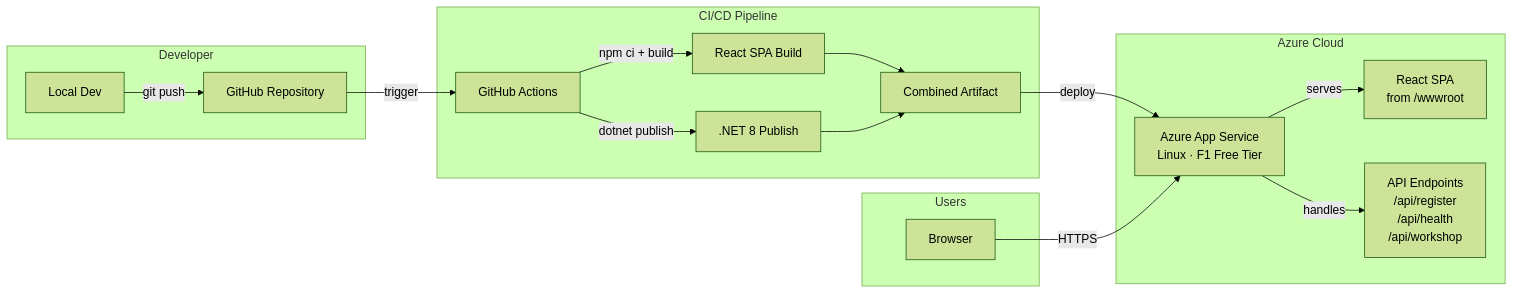
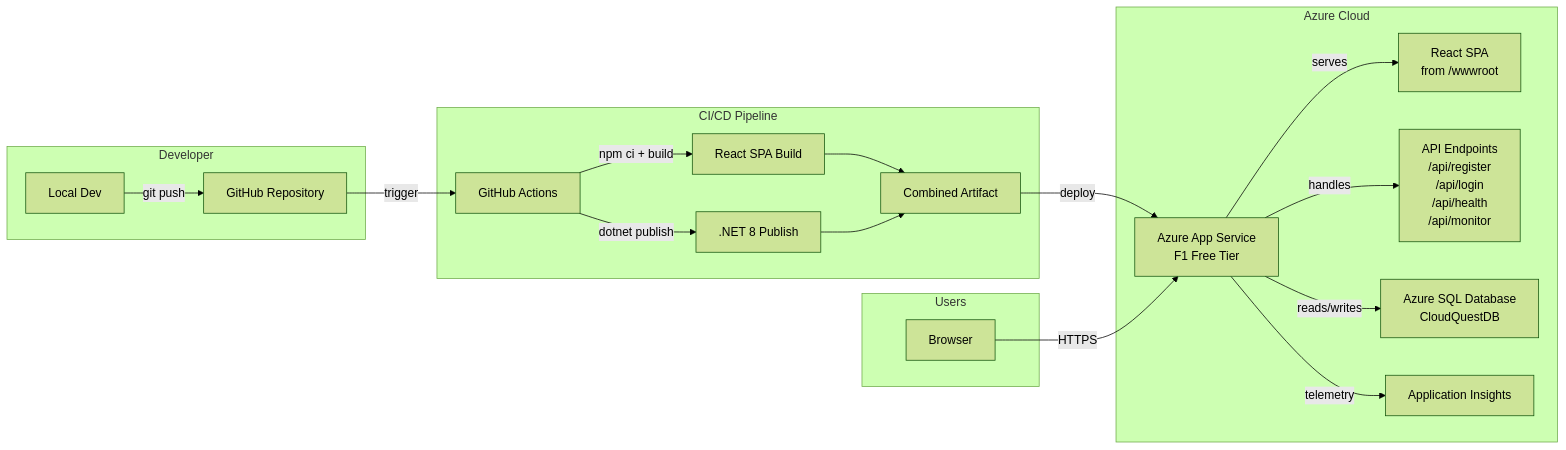
One commit to suchigithub/CloudQuestWorkshop changed the diagram in README.md. Above: the diagram before and after it, drawn with Mermaid (forest theme). The commit also changed other lines of this file, not shown here.

Commit message:
Update README with SQL, monitoring, security, login features

````diff
--- a/README.md
+++ b/README.md
@@ -24,24 +28,26 @@
 ```mermaid
 graph LR
     subgraph Developer
         A[Local Dev] -->|git push| B[GitHub Repository]
     end
 
     subgraph CI/CD Pipeline
         B -->|trigger| C[GitHub Actions]
         C -->|npm ci + build| D[React SPA Build]
         C -->|dotnet publish| E[.NET 8 Publish]
         D --> F[Combined Artifact]
         E --> F
     end
 
     subgraph Azure Cloud
-        F -->|deploy| G[Azure App Service<br/>Linux · F1 Free Tier]
+        F -->|deploy| G[Azure App Service<br/>F1 Free Tier]
         G -->|serves| H[React SPA<br/>from /wwwroot]
-        G -->|handles| I[API Endpoints<br/>/api/register<br/>/api/health<br/>/api/workshop]
+        G -->|handles| I[API Endpoints<br/>/api/register<br/>/api/login<br/>/api/health<br/>/api/monitor]
+        G -->|reads/writes| K[Azure SQL Database<br/>CloudQuestDB]
+        G -->|telemetry| L[Application Insights]
     end
 
     subgraph Users
         J[Browser] -->|HTTPS| G
     end
 ```
````
